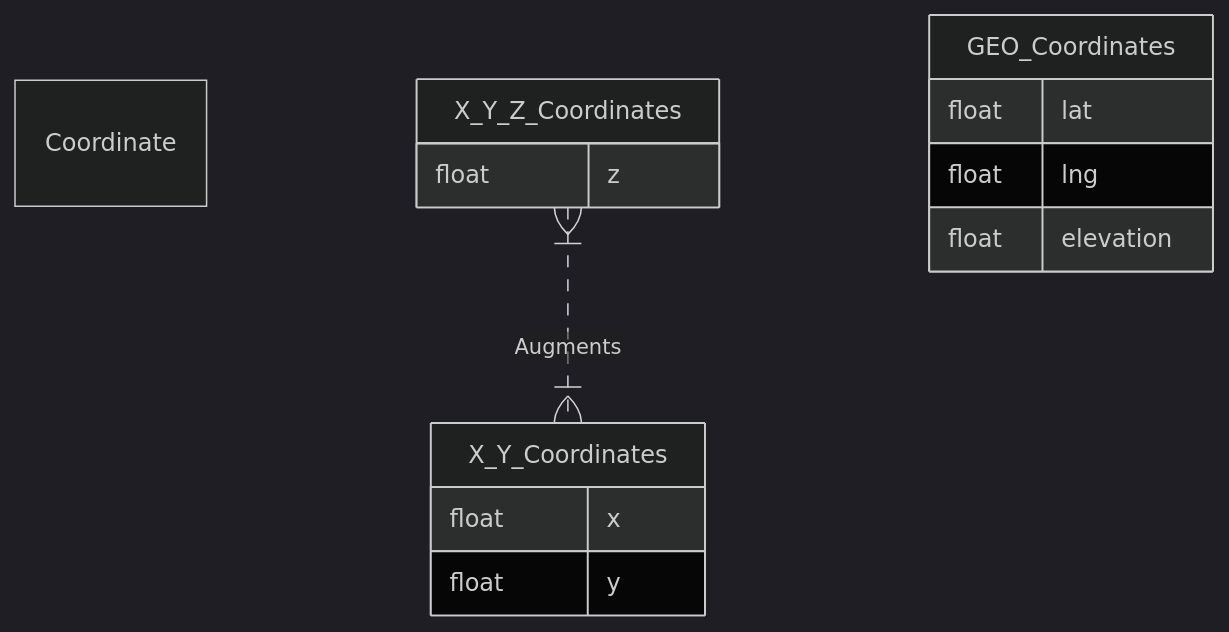
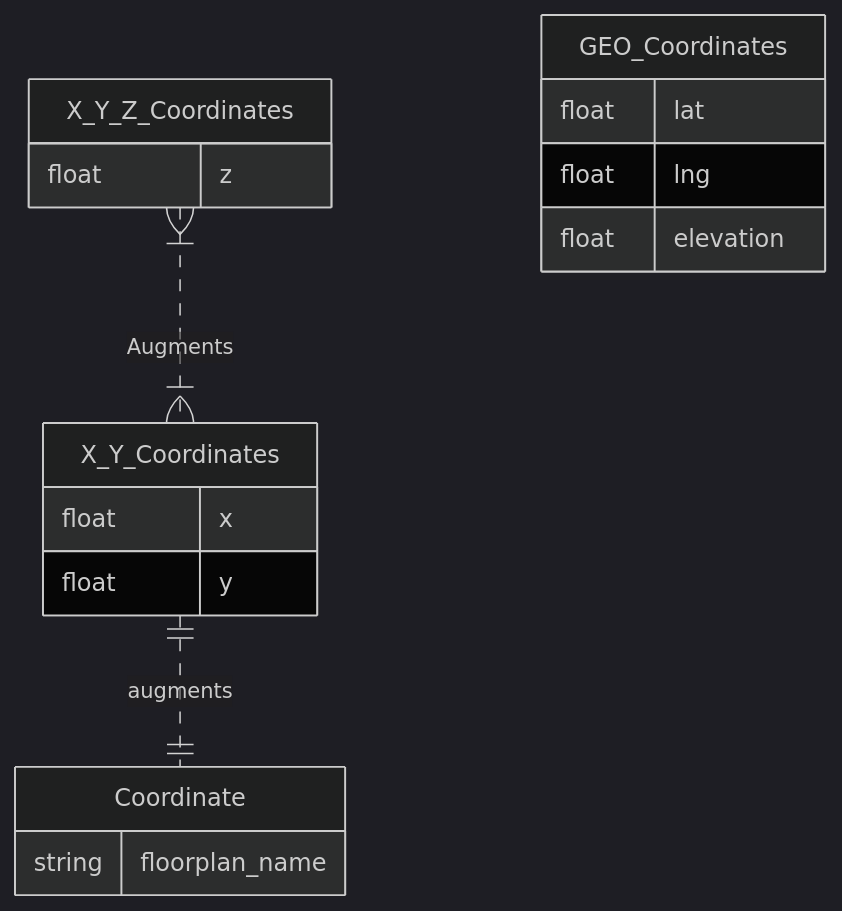
One commit to google/openintent changed the third of 3 diagrams in docs/model_ideas.md. Above: the diagram before and after it, drawn with Mermaid (dark theme). The commit also changed other lines of this file, not shown here.

````diff
--- a/docs/model_ideas.md
+++ b/docs/model_ideas.md
@@ -129,25 +175,26 @@
 ```mermaid
 
 erDiagram
     Coordinate {
+        string floorplan_name
+    }
 
-    }
 
     X_Y_Coordinates {
         float x
         float y
     }
-
+    X_Y_Coordinates ||..|| Coordinate: augments
     X_Y_Z_Coordinates {
         float z
     }
     X_Y_Z_Coordinates }|..|{ X_Y_Coordinates : Augments
 
     GEO_Coordinates {
         float lat
         float lng
         float elevation
     }
 
     
 ```
````
